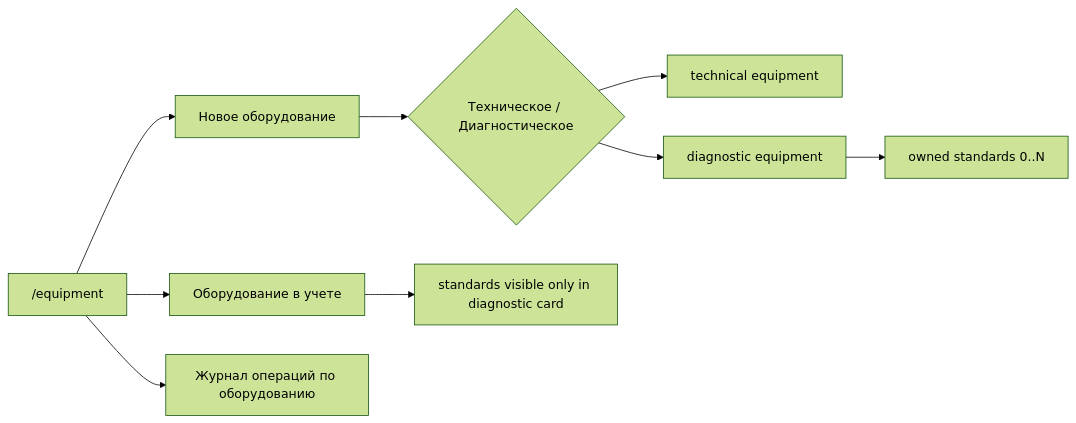
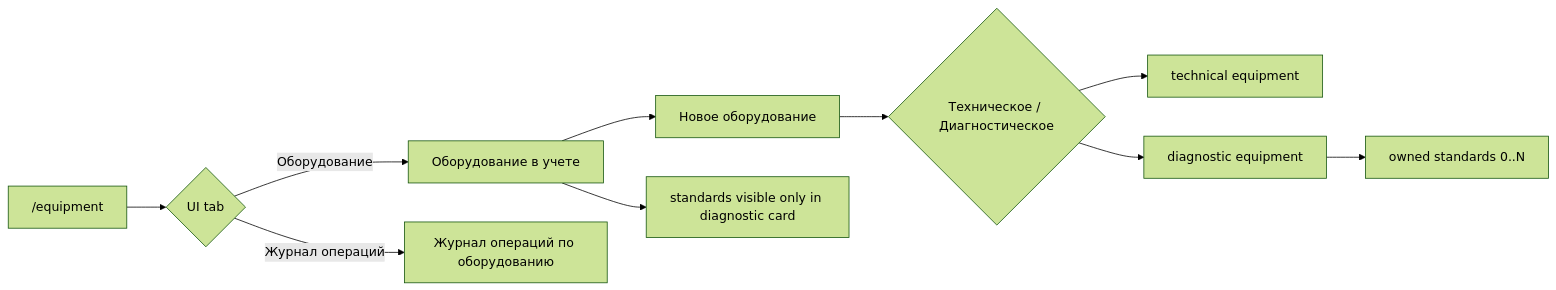
Diagram 13 of 13 in docs/architecture/identity-master-data.md (vrk-app/vrk), drawn with Mermaid (forest theme) before and after one commit. The commit also changed other lines of this file and 22 other files, not shown here.

````diff
--- a/docs/architecture/identity-master-data.md
+++ b/docs/architecture/identity-master-data.md
@@ -657,11 +658,12 @@
 ```mermaid
 flowchart LR
-    A["/equipment"] --> B["Новое оборудование"]
+    A["/equipment"] --> T{"UI tab"}
+    T -->|"Оборудование"| G["Оборудование в учете"]
+    T -->|"Журнал операций"| I["Журнал операций по оборудованию"]
+    G --> B["Новое оборудование"]
     B --> C{"Техническое / Диагностическое"}
     C --> D["technical equipment"]
     C --> E["diagnostic equipment"]
     E --> F["owned standards 0..N"]
-    A --> G["Оборудование в учете"]
     G --> H["standards visible only in diagnostic card"]
-    A --> I["Журнал операций по оборудованию"]
 ```
````
